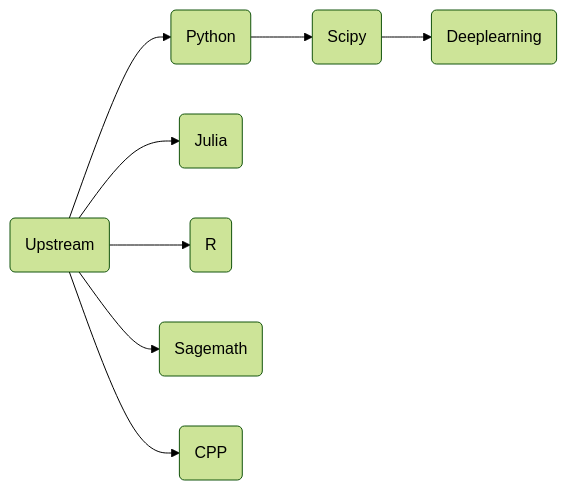
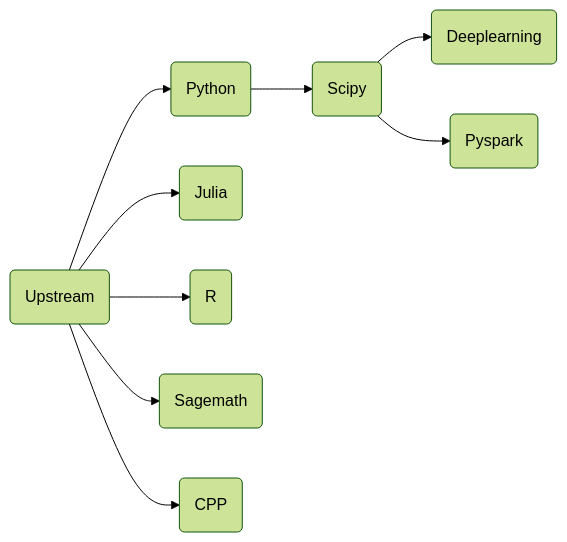
The diagram in README.md (ben0i0d/jupyter-image-stacks), drawn with Mermaid (forest theme) before and after one commit. The commit also changed other lines of this file and 3 other files, not shown here.

````diff
--- a/README.md
+++ b/README.md
@@ -65,9 +66,11 @@
 ```mermaid
 graph LR
 A(Upstream)-->B(Python)
-A-->E(Julia)
-A-->F(R)
-A-->G(Sagemath)
-A-->H(CPP)
-B-->C(Scipy)-->D(Deeplearning)	
+A-->F(Julia)
+A-->G(R)
+A-->H(Sagemath)
+A-->I(CPP)
+B-->C(Scipy)	
+C(Scipy)-->D(Deeplearning)  
+C(Scipy)-->E(Pyspark)  
 ```  
````
